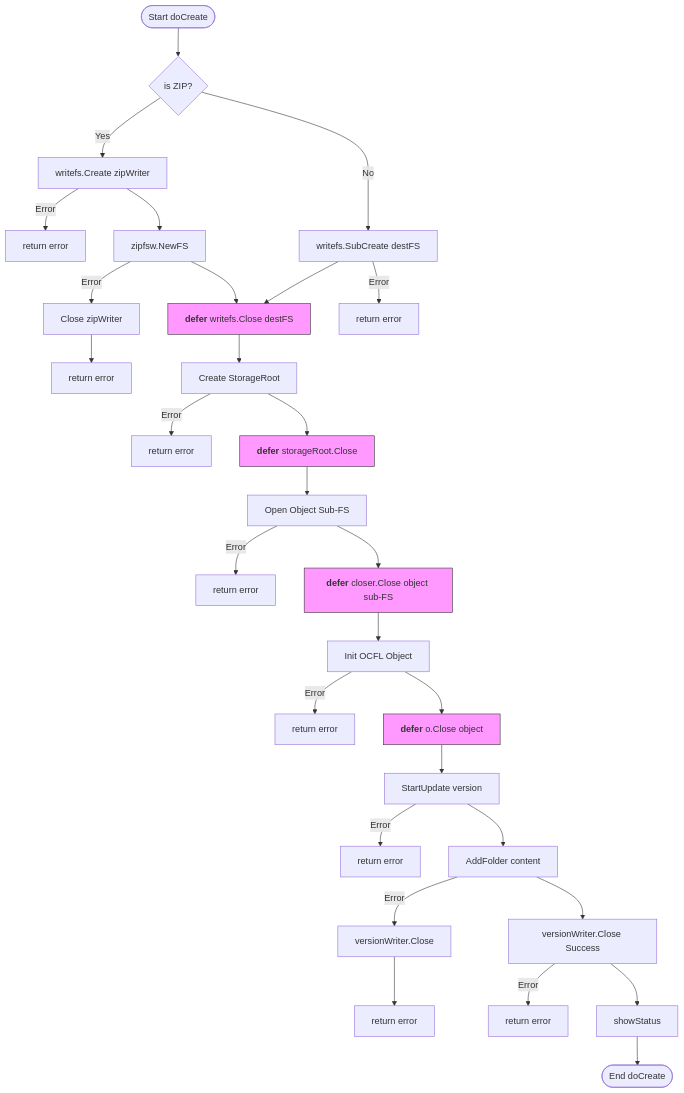
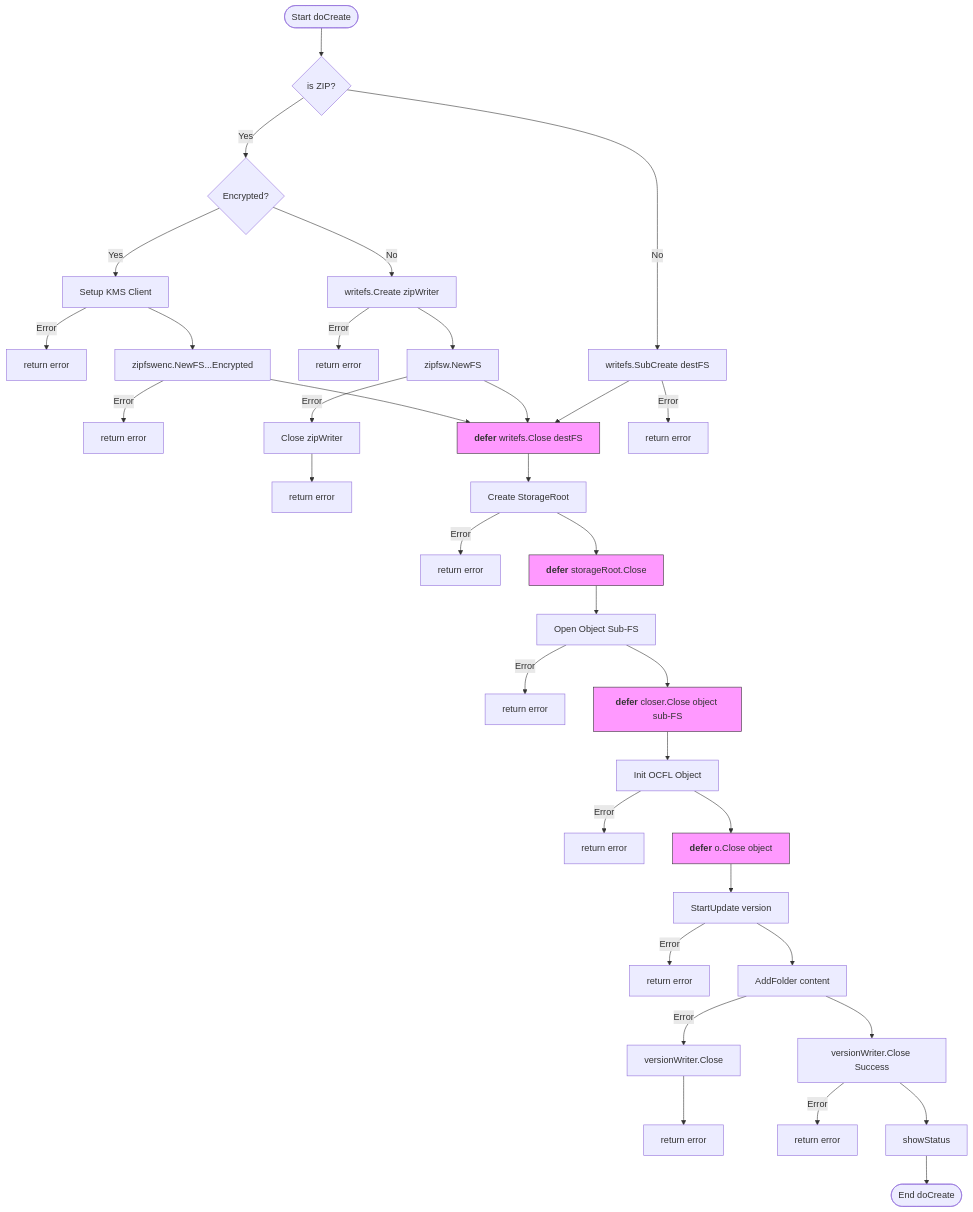
Before and after one commit to ocfl-archive/gocfl-cli: the second of 2 diagrams in gocfl/cmd/docs/create.md, drawn with Mermaid. The commit also changed other lines of this file, not shown here.

Commit message:
Enhance `create` command: Add AES-encrypted ZIP support with KMS integration, update documentation to reflect changes, and refine sequence diagrams.

````diff
--- a/gocfl/cmd/docs/create.md
+++ b/gocfl/cmd/docs/create.md
@@ -82,45 +90,53 @@
 ```mermaid
 graph TD
     Start([Start doCreate]) --> IsZip{is ZIP?}
     
-    IsZip -- Yes --> CreateZip[writefs.Create zipWriter]
+    IsZip -- Yes --> IsEnc{Encrypted?}
+    
+    IsEnc -- Yes --> SetupKMS[Setup KMS Client]
+    SetupKMS -- Error --> ReturnErrKMS[return error]
+    SetupKMS --> InitEncFS[zipfswenc.NewFS...Encrypted]
+    InitEncFS -- Error --> ReturnErrFS3[return error]
+    InitEncFS --> DefFS
+
+    IsEnc -- No --> CreateZip[writefs.Create zipWriter]
     CreateZip -- Error --> ReturnErrZip[return error]
     CreateZip --> InitZipFS[zipfsw.NewFS]
     InitZipFS -- Error --> CloseZipW[Close zipWriter] --> ReturnErrFS1[return error]
     InitZipFS --> DefFS
     
     IsZip -- No --> SubCreate[writefs.SubCreate destFS]
     SubCreate -- Error --> ReturnErrFS2[return error]
     SubCreate --> DefFS
 
     DefFS[<b>defer</b> writefs.Close destFS] --> OpenSR[Create StorageRoot]
     OpenSR -- Error --> ReturnErr2[return error]
     
     OpenSR --> DefSR[<b>defer</b> storageRoot.Close]
     DefSR --> OpenSub[Open Object Sub-FS]
     OpenSub -- Error --> ReturnErr3[return error]
     
     OpenSub --> DefSub[<b>defer</b> closer.Close object sub-FS]
     
     DefSub --> InitObj[Init OCFL Object]
     InitObj -- Error --> ReturnErr4[return error]
     
     InitObj --> DefObj[<b>defer</b> o.Close object]
     
     DefObj --> StartUpd[StartUpdate version]
     StartUpd -- Error --> ReturnErr5[return error]
     
     StartUpd --> AddFold[AddFolder content]
     AddFold -- Error --> CloseVW1[versionWriter.Close] --> ReturnErr6[return error]
     
     AddFold --> CloseVW2[versionWriter.Close Success]
     CloseVW2 -- Error --> ReturnErr7[return error]
     
     CloseVW2 --> ShowStatus[showStatus]
     ShowStatus --> End([End doCreate])
 
     style DefFS fill:#f9f,stroke:#333
     style DefSR fill:#f9f,stroke:#333
     style DefSub fill:#f9f,stroke:#333
     style DefObj fill:#f9f,stroke:#333
 ```
````
